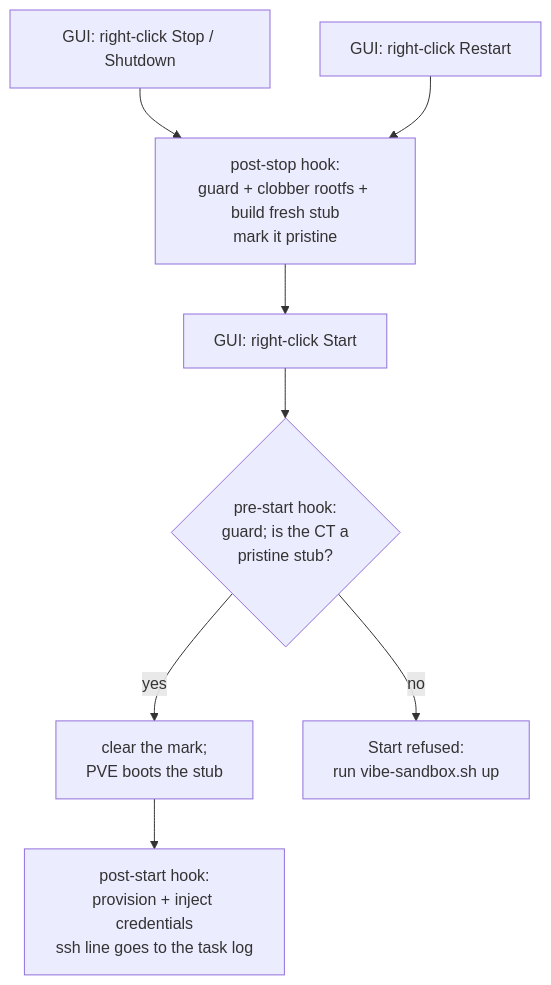
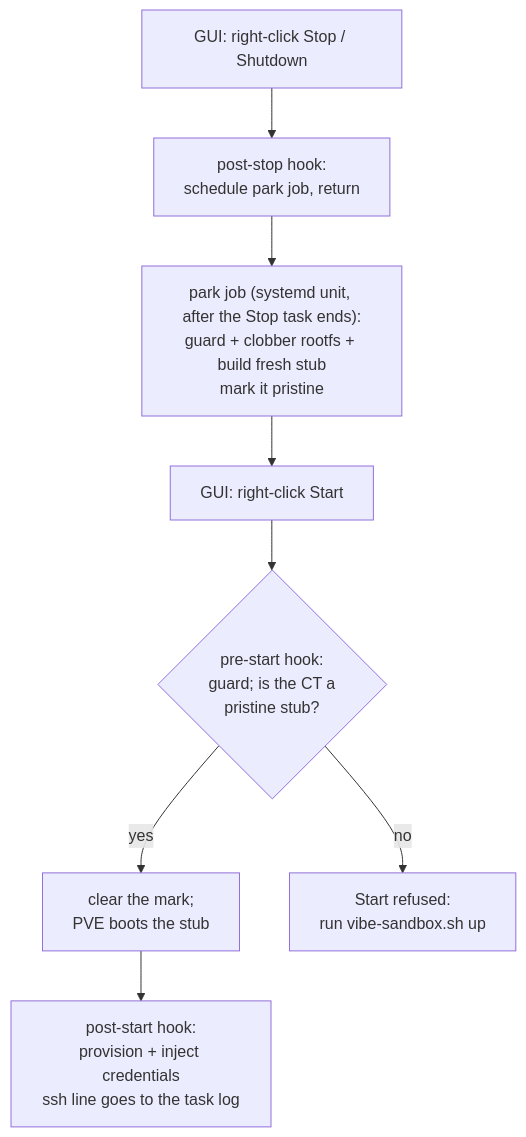
One commit to itsfja/mistral-sandbox changed the diagram in README.md. Above: the diagram before and after it, drawn with Mermaid. The commit also changed other lines of this file and 5 other files, not shown here.

````diff
--- a/README.md
+++ b/README.md
@@ -489,10 +490,10 @@
 ```mermaid
 flowchart TD
-    T["GUI: right-click Stop / Shutdown"] --> PR2["post-stop hook:<br/>guard + clobber rootfs + build fresh stub<br/>mark it pristine"]
-    R["GUI: right-click Restart"] --> PR2
+    T["GUI: right-click Stop / Shutdown"] --> PR1["post-stop hook:<br/>schedule park job, return"]
+    PR1 --> PR2["park job (systemd unit, after the Stop task ends):<br/>guard + clobber rootfs + build fresh stub<br/>mark it pristine"]
     PR2 --> S
     S["GUI: right-click Start"] --> PS1{"pre-start hook:<br/>guard; is the CT a<br/>pristine stub?"}
     PS1 -- yes --> PVEB["clear the mark;<br/>PVE boots the stub"]
     PS1 -- no --> REF["Start refused:<br/>run vibe-sandbox.sh up"]
     PVEB --> PS2["post-start hook:<br/>provision + inject credentials<br/>ssh line goes to the task log"]
 ```
````
